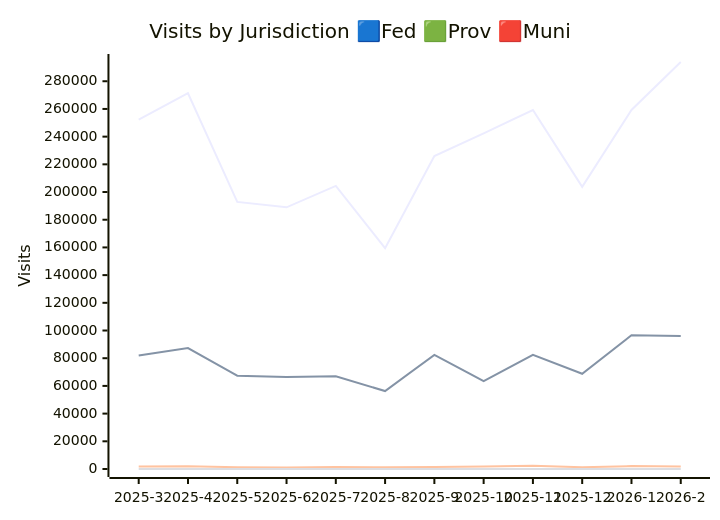
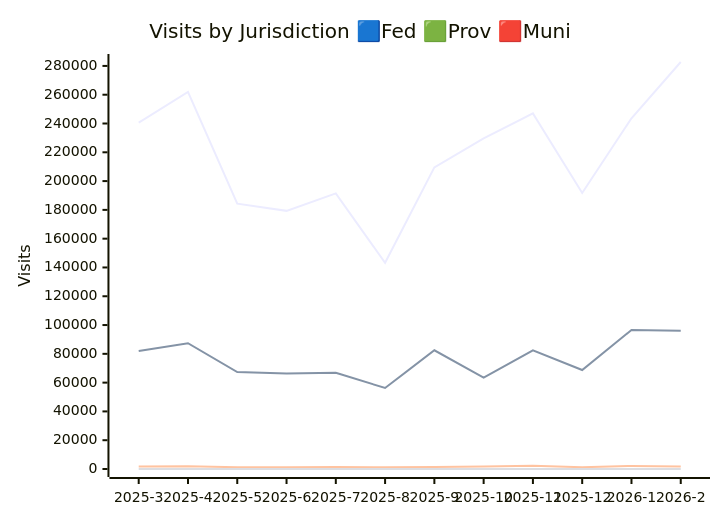
One commit to open-data/analytics-corporate-reporting changed the second of 3 diagrams in JURISDICTION_ANALYTICS_REPORT/readme.md. Above: the diagram before and after it, drawn with Mermaid. The commit also changed other lines of this file and 2 other files, not shown here.

````diff
--- a/JURISDICTION_ANALYTICS_REPORT/readme.md
+++ b/JURISDICTION_ANALYTICS_REPORT/readme.md
@@ -27,11 +27,11 @@
 ```mermaid
 
 xychart-beta
     title "Visits by Jurisdiction 🟦Fed 🟩Prov 🟥Muni"
     x-axis [2025-3, 2025-4, 2025-5, 2025-6, 2025-7, 2025-8, 2025-9, 2025-10, 2025-11, 2025-12, 2026-1, 2026-2]
-    y-axis "Visits" 0 --> 293895
-    line [252281, 271336, 192858, 188945, 204398, 159510, 226001, 242407, 259254, 203769, 259240, 293885]
+    y-axis "Visits" 0 --> 282725
+    line [240558, 261997, 184291, 179322, 191465, 143244, 209543, 229703, 247000, 191747, 243621, 282715]
     line [81936, 87351, 67387, 66402, 66895, 56272, 82445, 63465, 82411, 68739, 96550, 95996]
     line [1796, 1939, 1268, 1160, 1451, 1187, 1472, 1717, 2282, 1200, 2113, 1718]
     line [0, 0, 0, 0, 0, 0, 0, 13, 7, 27, 17, 19]
 ```
````
